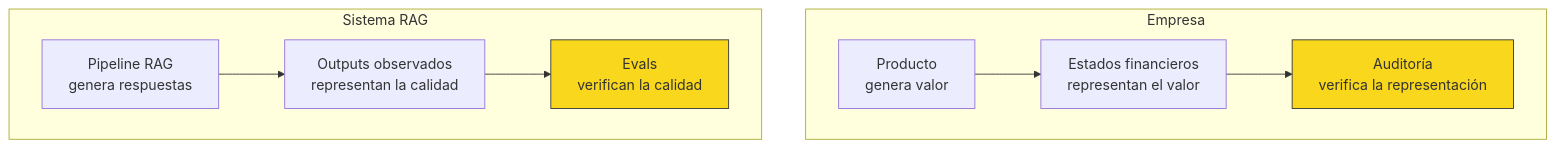
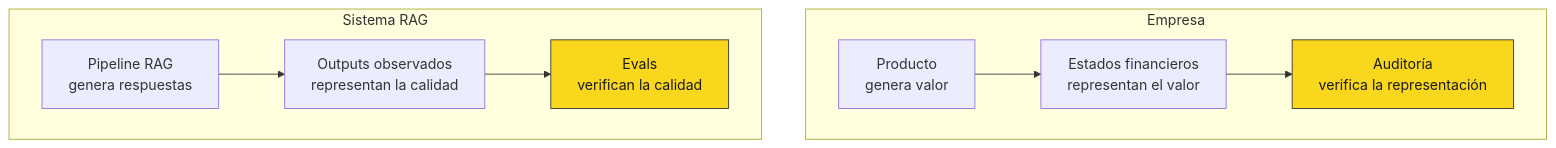
The first of 4 diagrams in 01-evals/theory/01-por-que-evals.md (Alonsomar/estudio-personal), drawn with Mermaid before and after one commit. The commit also changed other lines of this file and 20 other files, not shown here.

First line of the commit message:
fix(docs): texto oscuro en nodos Mermaid para legibilidad en modo oscuro

````diff
--- a/01-evals/theory/01-por-que-evals.md
+++ b/01-evals/theory/01-por-que-evals.md
@@ -22,14 +22,14 @@
 ```mermaid
 graph TB
     subgraph "Empresa"
         P[Producto<br/>genera valor] --> F[Estados financieros<br/>representan el valor]
         F --> A[Auditoría<br/>verifica la representación]
     end
     subgraph "Sistema RAG"
         R[Pipeline RAG<br/>genera respuestas] --> O[Outputs observados<br/>representan la calidad]
         O --> E[Evals<br/>verifican la calidad]
     end
 
-    style A fill:#f9d71c,stroke:#333
-    style E fill:#f9d71c,stroke:#333
+    style A fill:#f9d71c,stroke:#333,color:#1a1a1a
+    style E fill:#f9d71c,stroke:#333,color:#1a1a1a
 ```
````
